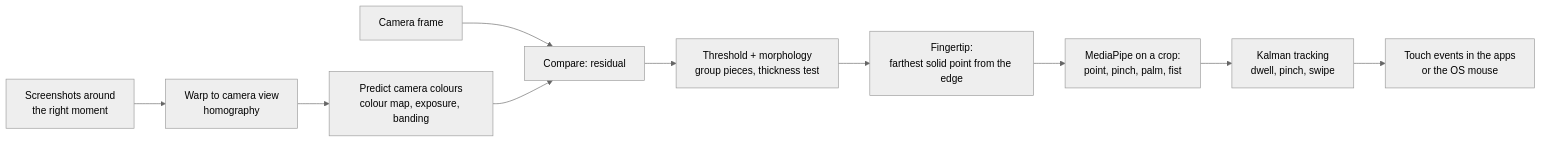
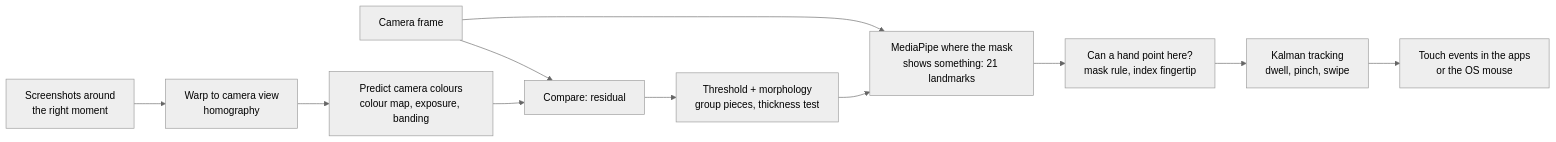
One commit to jweaker/visiontouch changed the diagram in docs/how-it-works.md. Above: the diagram before and after it, drawn with Mermaid (neutral theme). The commit also changed other lines of this file and 30 other files, not shown here.

````diff
--- a/docs/how-it-works.md
+++ b/docs/how-it-works.md
@@ -28,12 +30,13 @@
 ```mermaid
 flowchart LR
     A[Camera frame] --> D
     S[Screenshots around<br/>the right moment] --> W[Warp to camera view<br/>homography]
     W --> P[Predict camera colours<br/>colour map, exposure, banding]
     P --> D[Compare: residual]
     D --> T[Threshold + morphology<br/>group pieces, thickness test]
-    T --> F[Fingertip:<br/>farthest solid point from the edge]
-    F --> M[MediaPipe on a crop:<br/>point, pinch, palm, fist]
-    M --> K[Kalman tracking<br/>dwell, pinch, swipe]
+    T --> M[MediaPipe where the mask<br/>shows something: 21 landmarks]
+    A --> M
+    M --> F[Can a hand point here?<br/>mask rule, index fingertip]
+    F --> K[Kalman tracking<br/>dwell, pinch, swipe]
     K --> O[Touch events in the apps<br/>or the OS mouse]
 ```
````
